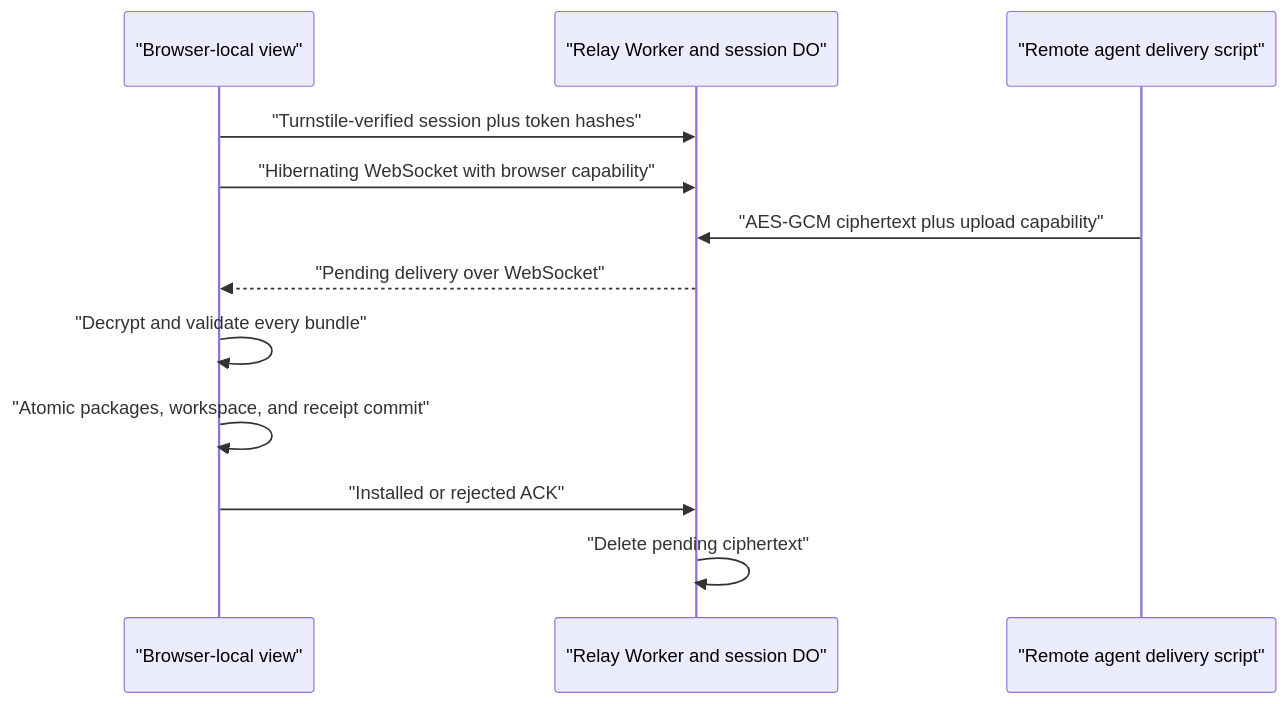
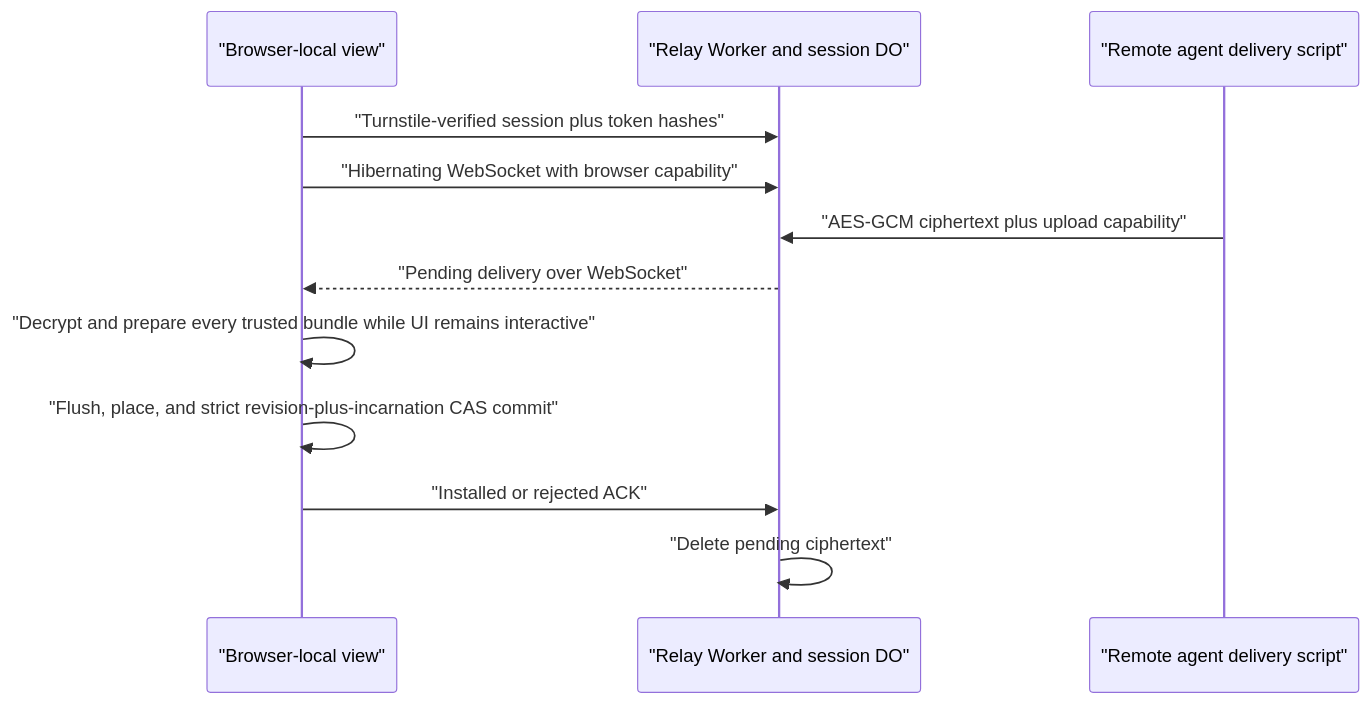
One commit to siriusctrl/freeform-artifacts changed the first of 2 diagrams in docs/architecture.md. Above: the diagram before and after it, drawn with Mermaid. The commit also changed other lines of this file and 60 other files, not shown here.

````diff
--- a/docs/architecture.md
+++ b/docs/architecture.md
@@ -155,14 +174,14 @@
 ```mermaid
 sequenceDiagram
     participant B as "Browser-local view"
     participant R as "Relay Worker and session DO"
     participant A as "Remote agent delivery script"
     B->>R: "Turnstile-verified session plus token hashes"
     B->>R: "Hibernating WebSocket with browser capability"
     A->>R: "AES-GCM ciphertext plus upload capability"
     R-->>B: "Pending delivery over WebSocket"
-    B->>B: "Decrypt and validate every bundle"
-    B->>B: "Atomic packages, workspace, and receipt commit"
+    B->>B: "Decrypt and prepare every trusted bundle while UI remains interactive"
+    B->>B: "Flush, place, and strict revision-plus-incarnation CAS commit"
     B->>R: "Installed or rejected ACK"
     R->>R: "Delete pending ciphertext"
 ```
````
